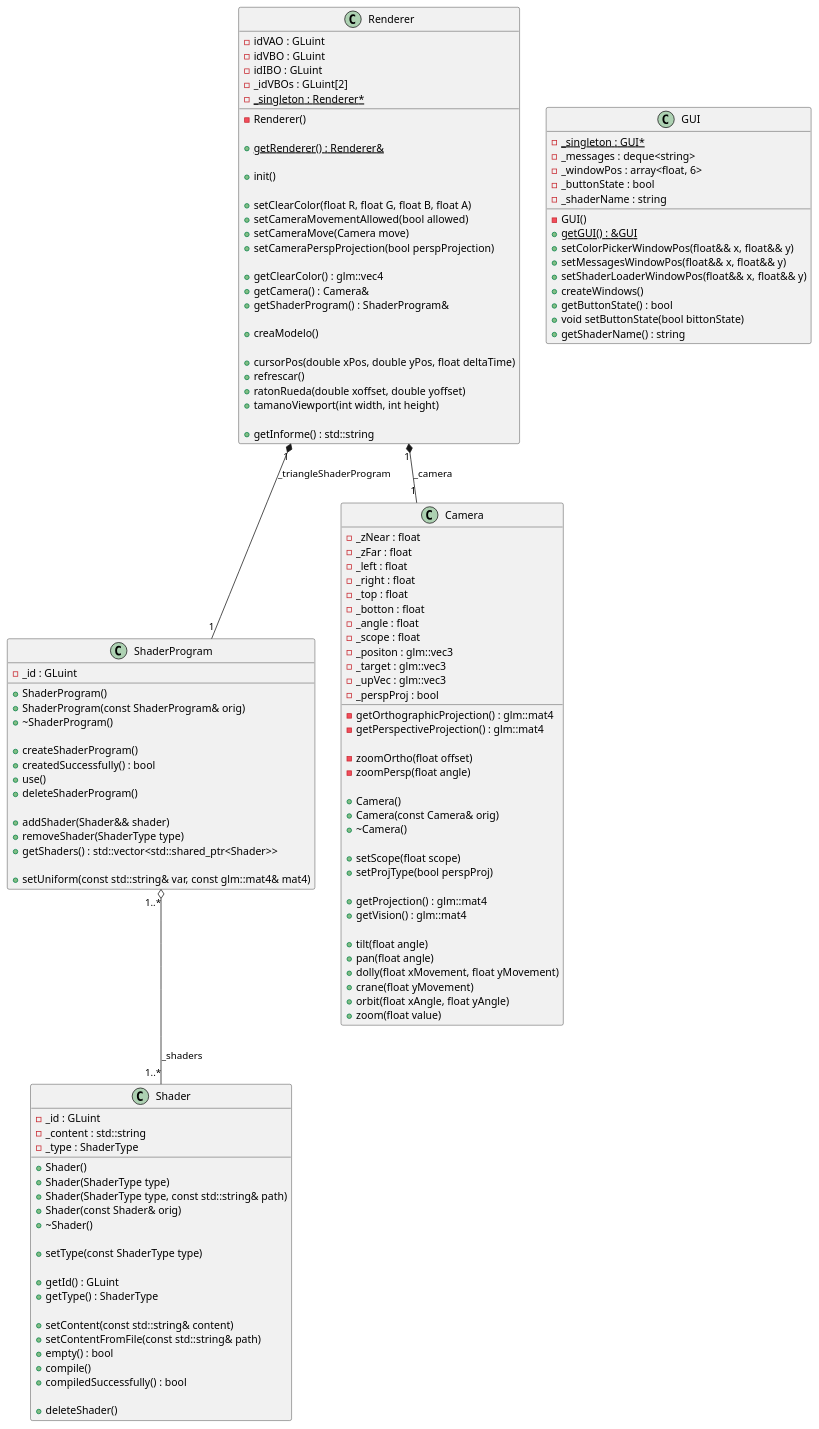
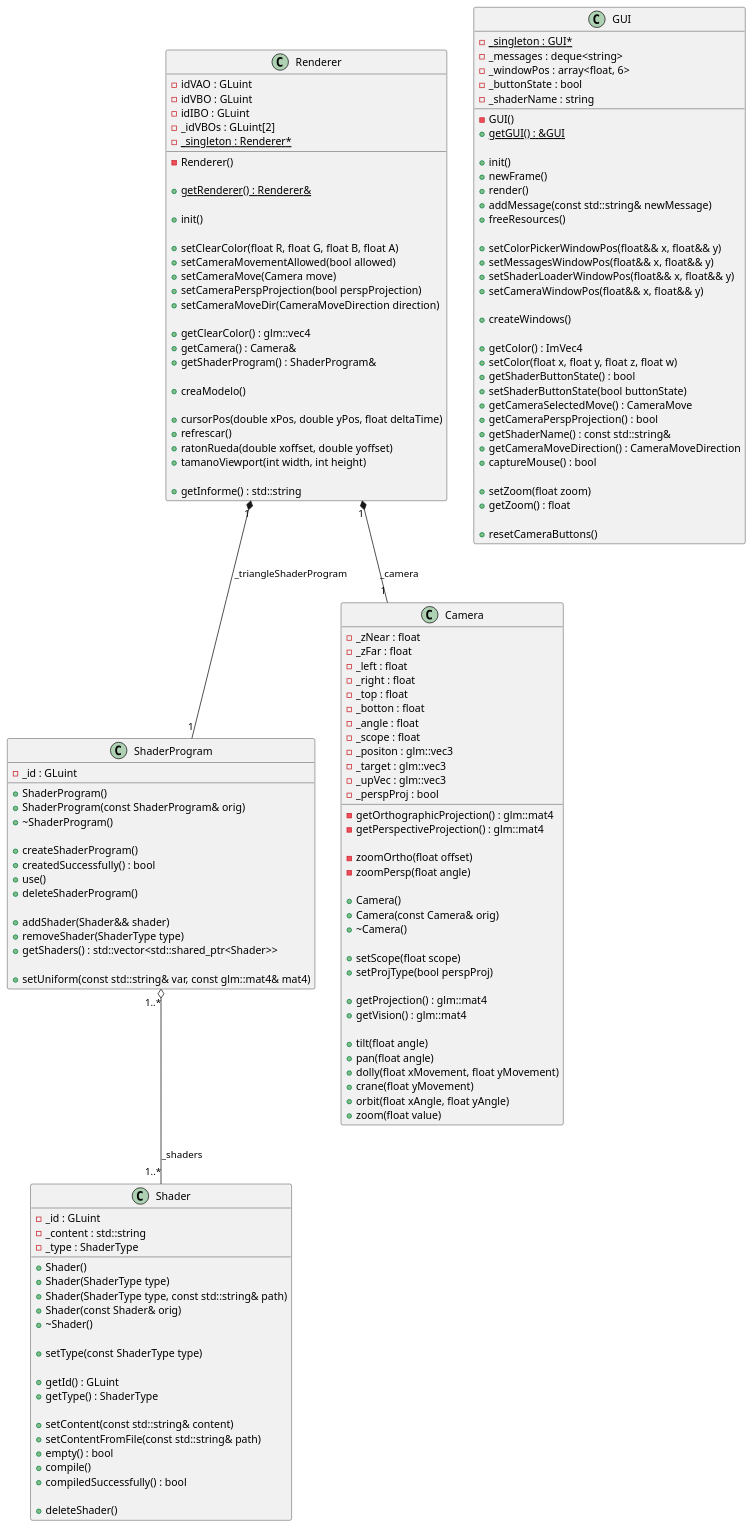
One commit to ahg00048/PAG_PROJECT changed the diagram in img/UML.puml. Above: the diagram before and after it, drawn with PlantUML. The commit also changed 12 other files, not shown here.

```diff
--- a/img/UML.puml
+++ b/img/UML.puml
@@ -1,139 +1,162 @@
 @startuml
 'https://plantuml.com/class-diagram
 
 class Renderer {
     - idVAO : GLuint
     - idVBO : GLuint
     - idIBO : GLuint
     - _idVBOs : GLuint[2]
     - {static} _singleton : Renderer*
     - Renderer()
 
     + {static} getRenderer() : Renderer&
 
     + init()
 
     + setClearColor(float R, float G, float B, float A)
     + setCameraMovementAllowed(bool allowed)
     + setCameraMove(Camera move)
     + setCameraPerspProjection(bool perspProjection)
+    + setCameraMoveDir(CameraMoveDirection direction)
 
     + getClearColor() : glm::vec4
     + getCamera() : Camera&
     + getShaderProgram() : ShaderProgram&
 
     + creaModelo()
 
     + cursorPos(double xPos, double yPos, float deltaTime)
     + refrescar()
     + ratonRueda(double xoffset, double yoffset)
     + tamanoViewport(int width, int height)
 
     + getInforme() : std::string
 }
 
 class GUI {
     - {static} _singleton : GUI*
     - GUI()
     - _messages : deque<string>
     - _windowPos : array<float, 6>
     - _buttonState : bool
     - _shaderName : string
 
     + {static} getGUI() : &GUI
+
+    + init()
+    + newFrame()
+    + render()
+    + addMessage(const std::string& newMessage)
+    + freeResources()
+
     + setColorPickerWindowPos(float&& x, float&& y)
     + setMessagesWindowPos(float&& x, float&& y)
     + setShaderLoaderWindowPos(float&& x, float&& y)
+    + setCameraWindowPos(float&& x, float&& y)
+
     + createWindows()
-    + getButtonState() : bool
-    + void setButtonState(bool bittonState)
-    + getShaderName() : string
+
+    + getColor() : ImVec4
+    + setColor(float x, float y, float z, float w)
+    + getShaderButtonState() : bool
+    + setShaderButtonState(bool buttonState)
+    + getCameraSelectedMove() : CameraMove
+    + getCameraPerspProjection() : bool
+    + getShaderName() : const std::string&
+    + getCameraMoveDirection() : CameraMoveDirection
+    +captureMouse() : bool
+
+    + setZoom(float zoom)
+    + getZoom() : float
+
+    + resetCameraButtons()
+
 }
 
 class Shader {
     - _id : GLuint
     - _content : std::string
     - _type : ShaderType
 
     + Shader()
     + Shader(ShaderType type)
     + Shader(ShaderType type, const std::string& path)
     + Shader(const Shader& orig)
     + ~Shader()
 
     + setType(const ShaderType type)
 
     + getId() : GLuint
     + getType() : ShaderType
 
     + setContent(const std::string& content)
     + setContentFromFile(const std::string& path)
     + empty() : bool
     + compile()
     + compiledSuccessfully() : bool
 
     + deleteShader()
 }
 
 class ShaderProgram {
     - _id : GLuint
 
     + ShaderProgram()
     + ShaderProgram(const ShaderProgram& orig)
     + ~ShaderProgram()
 
     + createShaderProgram()
     + createdSuccessfully() : bool
     + use()
     + deleteShaderProgram()
 
     + addShader(Shader&& shader)
     + removeShader(ShaderType type)
     + getShaders() : std::vector<std::shared_ptr<Shader>>
 
     + setUniform(const std::string& var, const glm::mat4& mat4)
 }
 
 class Camera {
     - _zNear : float
     - _zFar : float
     - _left : float
     - _right : float
     - _top : float
     - _botton : float
     - _angle : float
     - _scope : float
     - _positon : glm::vec3
     - _target : glm::vec3
     - _upVec : glm::vec3
     - _perspProj : bool
 
     - getOrthographicProjection() : glm::mat4
     - getPerspectiveProjection() : glm::mat4
 
     - zoomOrtho(float offset)
     - zoomPersp(float angle)
 
     + Camera()
     + Camera(const Camera& orig)
     + ~Camera()
 
     + setScope(float scope)
     + setProjType(bool perspProj)
 
     + getProjection() : glm::mat4
     + getVision() : glm::mat4
 
     + tilt(float angle)
     + pan(float angle)
     + dolly(float xMovement, float yMovement)
     + crane(float yMovement)
     + orbit(float xAngle, float yAngle)
     + zoom(float value)
 }
 
 ShaderProgram "1..*" o-- "1..*" Shader : _shaders
 Renderer "1" *-- "1" ShaderProgram : _triangleShaderProgram
 Renderer "1" *-- "1" Camera : _camera
 
 @enduml
```
